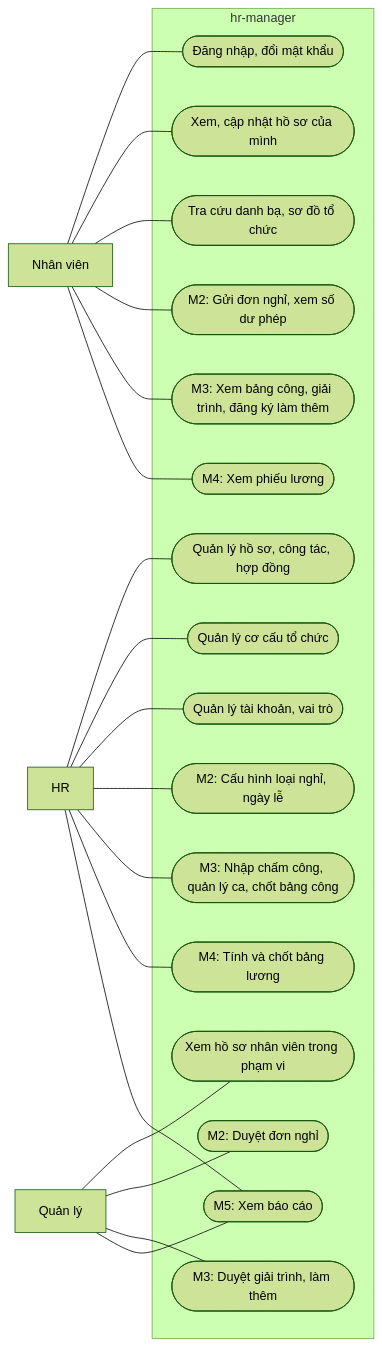
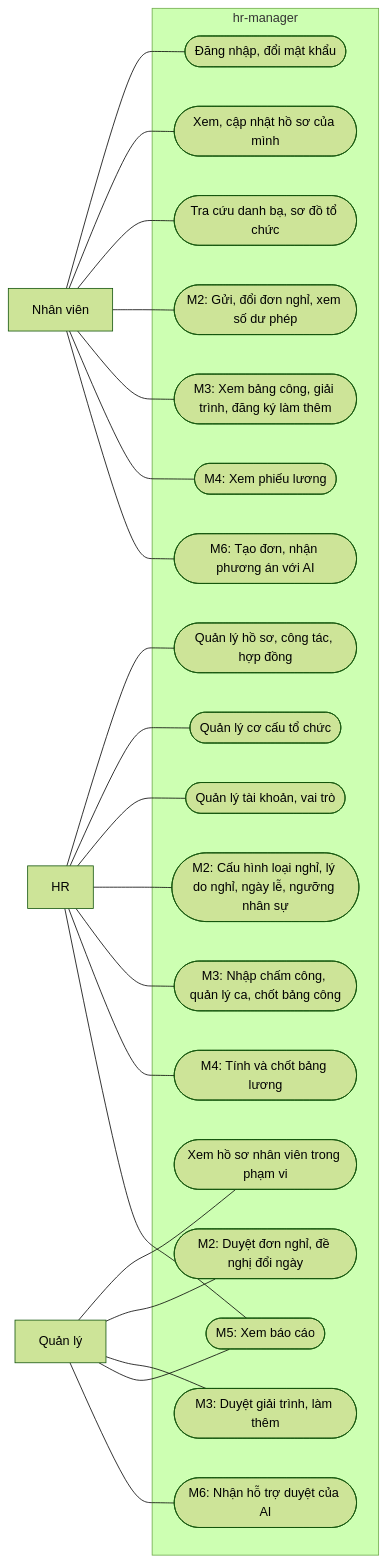
The diagram in docs/analysis/requirements.md (pbaodev/hr-manager), drawn with Mermaid (forest theme) before and after one commit. The commit also changed other lines of this file and 7 other files, not shown here.

First line of the commit message:
docs(analysis): thêm AI Leave Coordinator và phần rule nghỉ phép đi kèm (#44)

````diff
--- a/docs/analysis/requirements.md
+++ b/docs/analysis/requirements.md
@@ -84,27 +97,29 @@
 ```mermaid
 flowchart LR
   NV["Nhân viên"]
   QL["Quản lý"]
   HR["HR"]
   subgraph SYS["hr-manager"]
     U1(["Đăng nhập, đổi mật khẩu"])
     U2(["Xem, cập nhật hồ sơ của mình"])
     U3(["Tra cứu danh bạ, sơ đồ tổ chức"])
     U4(["Xem hồ sơ nhân viên trong phạm vi"])
     U5(["Quản lý hồ sơ, công tác, hợp đồng"])
     U6(["Quản lý cơ cấu tổ chức"])
     U7(["Quản lý tài khoản, vai trò"])
-    L1(["M2: Gửi đơn nghỉ, xem số dư phép"])
-    L2(["M2: Duyệt đơn nghỉ"])
-    L3(["M2: Cấu hình loại nghỉ, ngày lễ"])
+    L1(["M2: Gửi, đổi đơn nghỉ, xem số dư phép"])
+    L2(["M2: Duyệt đơn nghỉ, đề nghị đổi ngày"])
+    L3(["M2: Cấu hình loại nghỉ, lý do nghỉ, ngày lễ, ngưỡng nhân sự"])
+    I1(["M6: Tạo đơn, nhận phương án với AI"])
+    I2(["M6: Nhận hỗ trợ duyệt của AI"])
     A1(["M3: Xem bảng công, giải trình, đăng ký làm thêm"])
     A2(["M3: Nhập chấm công, quản lý ca, chốt bảng công"])
     A3(["M3: Duyệt giải trình, làm thêm"])
     P1(["M4: Xem phiếu lương"])
     P2(["M4: Tính và chốt bảng lương"])
     R1(["M5: Xem báo cáo"])
   end
-  NV --- U1 & U2 & U3 & L1 & A1 & P1
-  QL --- U4 & L2 & A3 & R1
+  NV --- U1 & U2 & U3 & L1 & A1 & P1 & I1
+  QL --- U4 & L2 & A3 & R1 & I2
   HR --- U5 & U6 & U7 & L3 & A2 & P2 & R1
 ```
````
